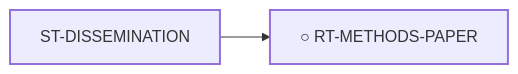
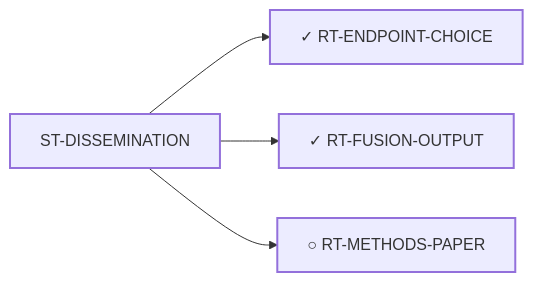
One commit to trimcrae/Rare-cancers changed the diagram in systems/views/L1-st-dissemination.md. Above: the diagram before and after it, drawn with Mermaid. The commit also changed other lines of this file and 12 other files, not shown here.

````diff
--- a/systems/views/L1-st-dissemination.md
+++ b/systems/views/L1-st-dissemination.md
@@ -34,11 +34,15 @@
 ```mermaid
 flowchart LR
   ST_DISSEMINATION["ST-DISSEMINATION"]:::fam
+  RT_ENDPOINT_CHOICE["✓ RT-ENDPOINT-CHOICE"]:::fam
+  ST_DISSEMINATION --> RT_ENDPOINT_CHOICE
+  RT_FUSION_OUTPUT["✓ RT-FUSION-OUTPUT"]:::fam
+  ST_DISSEMINATION --> RT_FUSION_OUTPUT
   RT_METHODS_PAPER["○ RT-METHODS-PAPER"]:::fam
   ST_DISSEMINATION --> RT_METHODS_PAPER
 
   classDef fam stroke-width:2px;
   classDef blk stroke-width:2px;
   classDef perm stroke-width:4px;
   classDef tech stroke-width:1px,stroke-dasharray:4 3;
 ```
````
